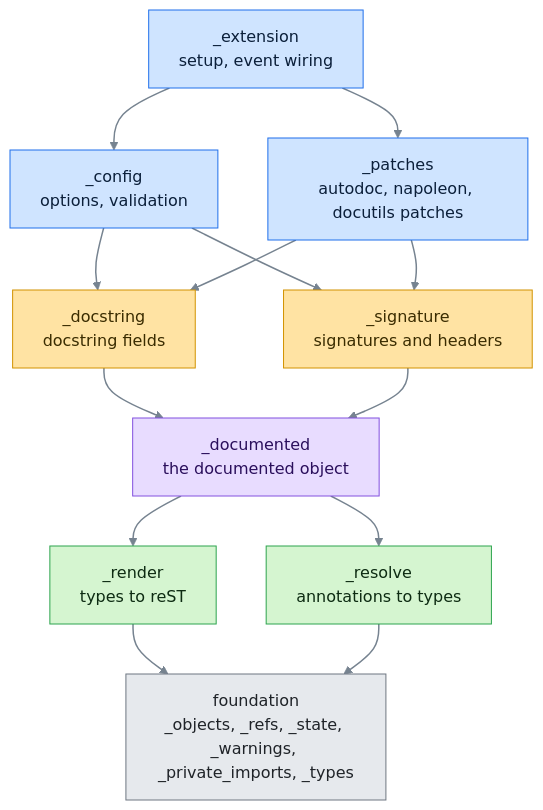
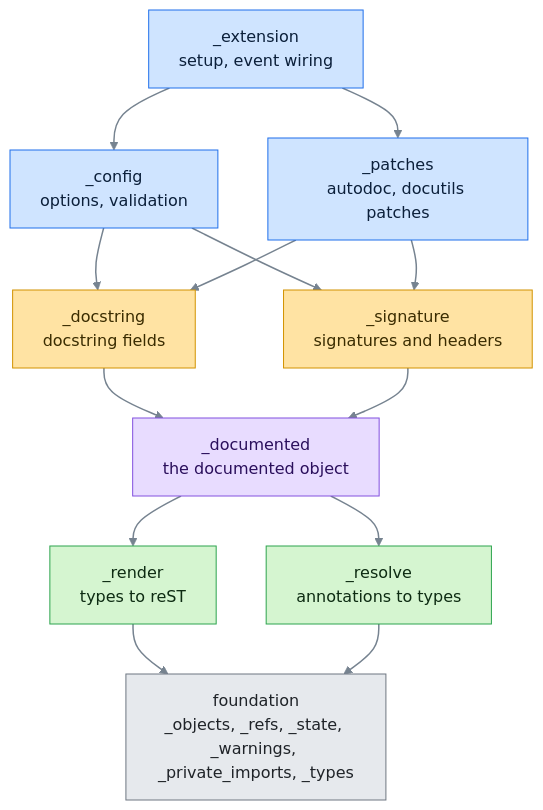
One commit to tox-dev/sphinx-autodoc-typehints changed the first of 3 diagrams in CONTRIBUTING.md. Above: the diagram before and after it, drawn with Mermaid. The commit also changed other lines of this file and 10 other files, not shown here.

````diff
--- a/CONTRIBUTING.md
+++ b/CONTRIBUTING.md
@@ -57,34 +57,34 @@
 ```mermaid
 %%{init: {"theme": "base", "themeVariables": {"fontFamily": "sans-serif", "lineColor": "#768390", "primaryTextColor": "#1f2328"}}}%%
 flowchart TB
     extension["_extension<br/>setup, event wiring"]
     config["_config<br/>options, validation"]
-    patches["_patches<br/>autodoc, napoleon, docutils patches"]
+    patches["_patches<br/>autodoc, docutils patches"]
     docstring["_docstring<br/>docstring fields"]
     signature["_signature<br/>signatures and headers"]
     documented["_documented<br/>the documented object"]
     render["_render<br/>types to reST"]
     resolve["_resolve<br/>annotations to types"]
     foundation["foundation<br/>_objects, _refs, _state, _warnings, _private_imports, _types"]
 
     extension --> config & patches
     config --> docstring & signature
     patches --> docstring & signature
     docstring --> documented
     signature --> documented
     documented --> render & resolve
     render --> foundation
     resolve --> foundation
 
     linkStyle default stroke:#768390,stroke-width:1.5px
     classDef wiring fill:#cfe4ff,stroke:#1f6feb,color:#0b1f3a
     classDef handler fill:#ffe3a3,stroke:#d29200,color:#3a2c00
     classDef model fill:#e8dcff,stroke:#8250df,color:#2a0f5c
     classDef engine fill:#d5f5d0,stroke:#2da44e,color:#0d2b12
     classDef base fill:#e6e9ed,stroke:#6e7781,color:#1f2328
     class extension,config,patches wiring
     class docstring,signature handler
     class documented model
     class render,resolve engine
     class foundation base
 ```
````
